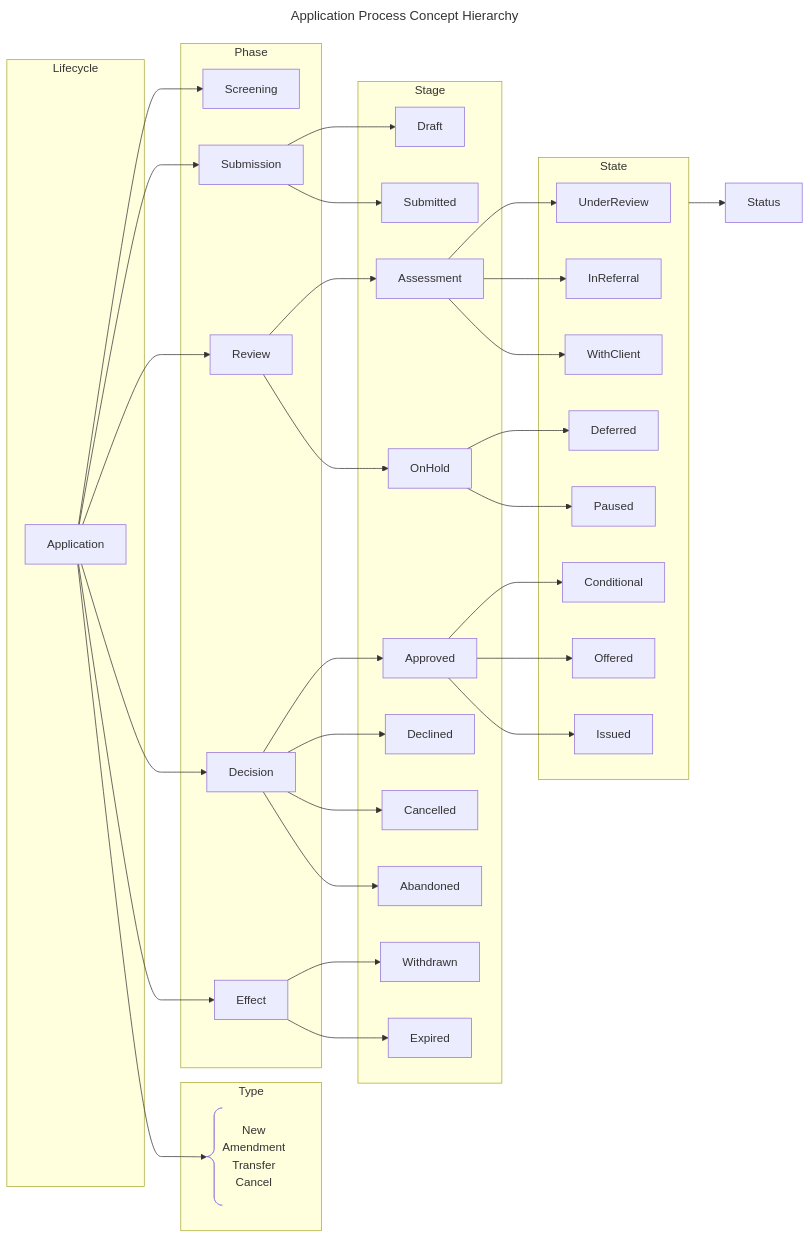
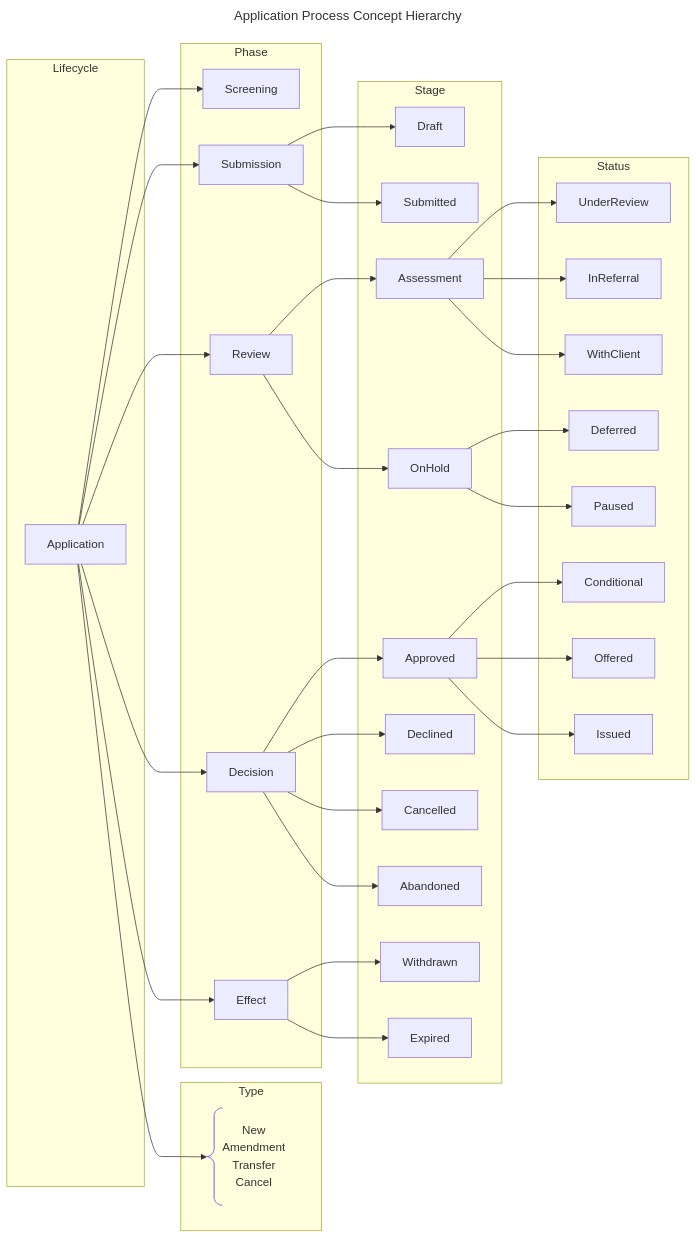
The first of 2 diagrams in docs/spec/concept/process_tracking.md (bcgov/nr-pies), drawn with Mermaid before and after one commit. The commit also changed 1 other file, not shown here.

Commit message:
Drop state from process tracking terminology and concept map

````diff
--- a/docs/spec/concept/process_tracking.md
+++ b/docs/spec/concept/process_tracking.md
@@ -19,79 +19,77 @@
 ```mermaid
 ---
 title: Application Process Concept Hierarchy
 ---
 flowchart LR
   AppType@{ shape: comment, label: "New
   Amendment
   Transfer
   Cancel" }
 
   Application --> Screening
   Application --> Submission
   Application --> Review
   Application --> Decision
   Application --> Effect
   Application --> AppType
 
   Submission --> Draft
   Submission --> Submitted
   Review --> Assessment
   Review --> OnHold
   Decision --> Approved
   Decision --> Declined
   Decision --> Cancelled
   Decision --> Abandoned
   Effect --> Withdrawn
   Effect --> Expired
 
   Assessment --> UnderReview
   Assessment --> InReferral
   Assessment --> WithClient
   OnHold --> Deferred
   OnHold --> Paused
   Approved --> Conditional
   Approved --> Offered
   Approved --> Issued
 
-  State --> Status
-
   subgraph Lifecycle
     Application
   end
 
   subgraph Type
     AppType
   end
 
   subgraph Phase
     Screening
     Submission
     Review
     Decision
     Effect
   end
 
   subgraph Stage
     Draft
     Submitted
     Assessment
     OnHold
     Approved
     Declined
     Cancelled
     Abandoned
     Withdrawn
     Expired
   end
 
-  subgraph State
+  subgraph Status
     UnderReview
     InReferral
     WithClient
     Deferred
     Paused
     Conditional
     Offered
     Issued
   end
 ```
````
